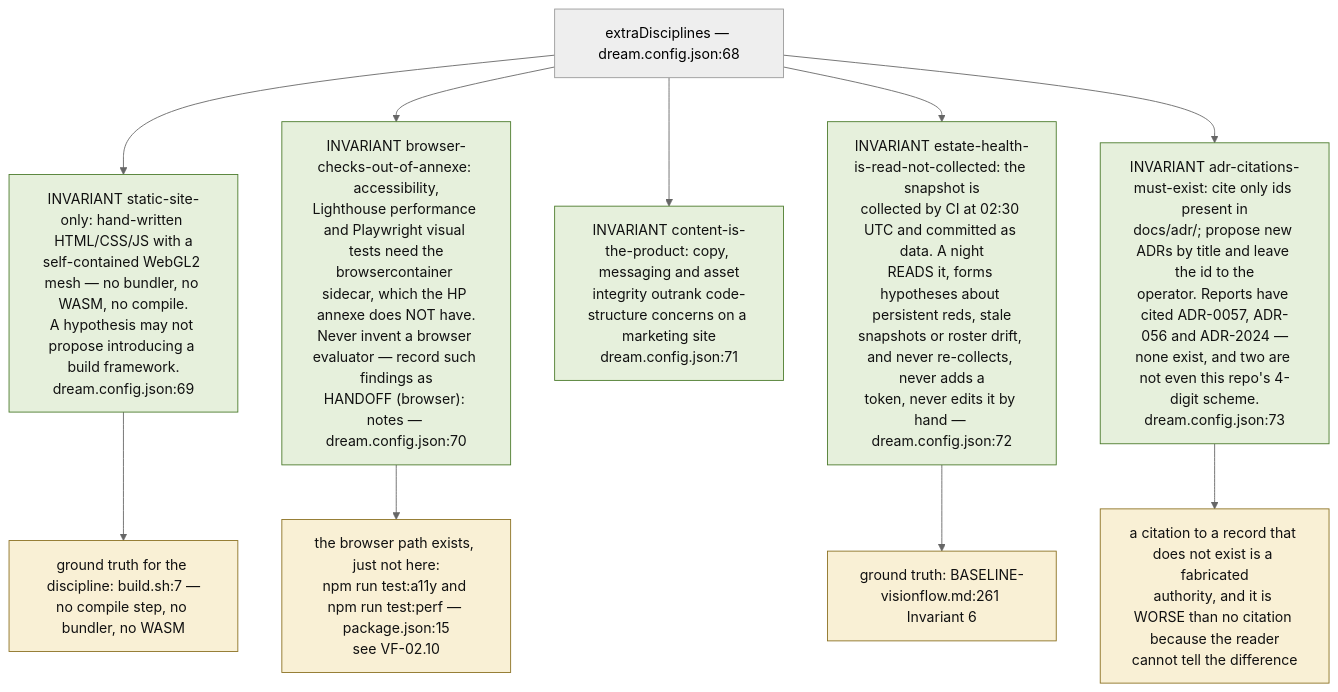
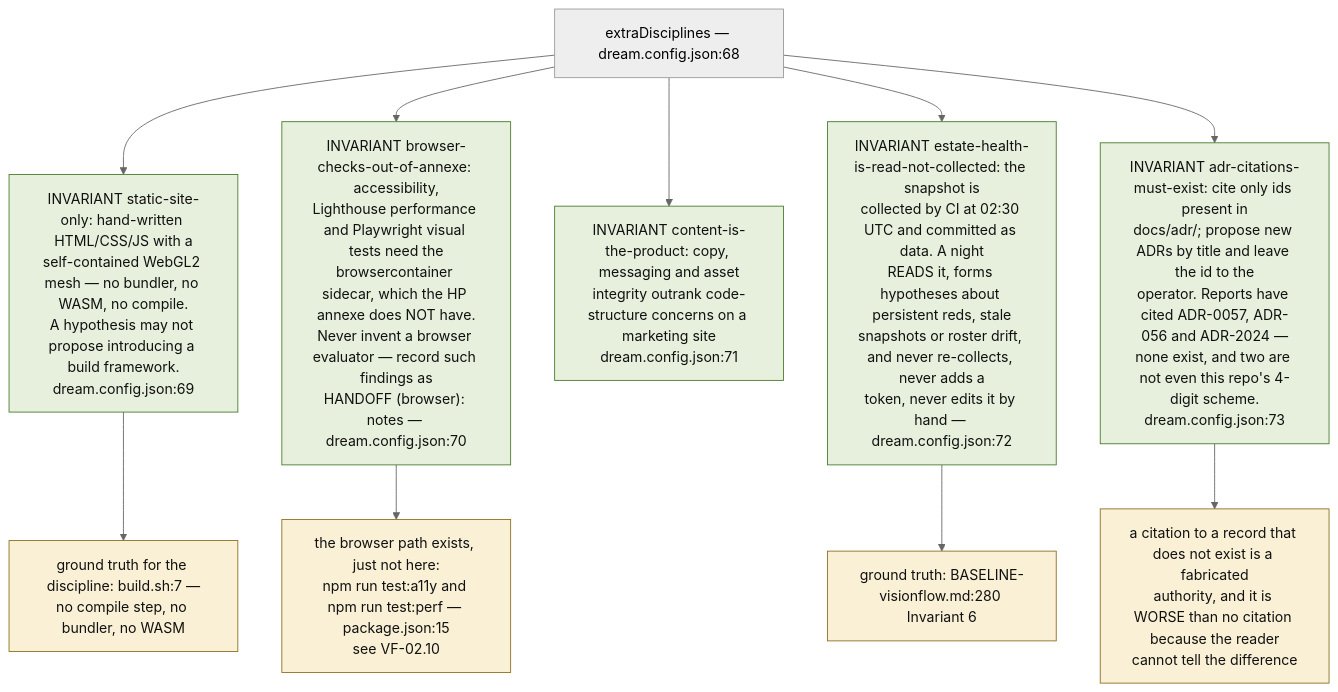
The sixth of 9 diagrams in docs/diagrams/visionflow/04-dream-cycle-integration.md (DreamLab-AI/VisionFlow), drawn with Mermaid (neutral theme) before and after one commit. The commit also changed other lines of this file and 136 other files, not shown here.

First line of the commit message:
docs(diagrams): refresh the whole corpus to code HEAD and prune low-value diagrams

````diff
--- a/docs/diagrams/visionflow/04-dream-cycle-integration.md
+++ b/docs/diagrams/visionflow/04-dream-cycle-integration.md
@@ -187,18 +186,18 @@
 ```mermaid
 flowchart TB
     classDef inv fill:#e6f0dc,stroke:#4a7a2a,color:#111
     classDef warn fill:#f9f0d5,stroke:#8a7020,color:#111
 
     D["extraDisciplines — dream.config.json:68"]
 
     D --> G1["INVARIANT static-site-only: hand-written HTML/CSS/JS with a<br/>self-contained WebGL2 mesh — no bundler, no WASM, no compile.<br/>A hypothesis may not propose introducing a build framework.<br/>dream.config.json:69"]:::inv
     D --> G2["INVARIANT browser-checks-out-of-annexe: accessibility,<br/>Lighthouse performance and Playwright visual tests need the<br/>browsercontainer sidecar, which the HP annexe does NOT have.<br/>Never invent a browser evaluator — record such findings as<br/>HANDOFF (browser): notes — dream.config.json:70"]:::inv
     D --> G3["INVARIANT content-is-the-product: copy, messaging and asset<br/>integrity outrank code-structure concerns on a marketing site<br/>dream.config.json:71"]:::inv
     D --> G4["INVARIANT estate-health-is-read-not-collected: the snapshot is<br/>collected by CI at 02:30 UTC and committed as data. A night<br/>READS it, forms hypotheses about persistent reds, stale<br/>snapshots or roster drift, and never re-collects, never adds a<br/>token, never edits it by hand — dream.config.json:72"]:::inv
     D --> G5["INVARIANT adr-citations-must-exist: cite only ids present in<br/>docs/adr/; propose new ADRs by title and leave the id to the<br/>operator. Reports have cited ADR-0057, ADR-056 and ADR-2024 —<br/>none exist, and two are not even this repo's 4-digit scheme.<br/>dream.config.json:73"]:::inv
 
     G5 --> WHY["a citation to a record that does not exist is a fabricated<br/>authority, and it is WORSE than no citation because the reader<br/>cannot tell the difference"]:::warn
     G2 --> LOCAL["the browser path exists, just not here:<br/>npm run test:a11y and npm run test:perf — package.json:15<br/>see VF-02.10"]:::warn
     G1 --> SRC["ground truth for the discipline: build.sh:7 —<br/>no compile step, no bundler, no WASM"]:::warn
-    G4 --> SRC2["ground truth: BASELINE-visionflow.md:261 Invariant 6"]:::warn
+    G4 --> SRC2["ground truth: BASELINE-visionflow.md:280 Invariant 6"]:::warn
 ```
````
